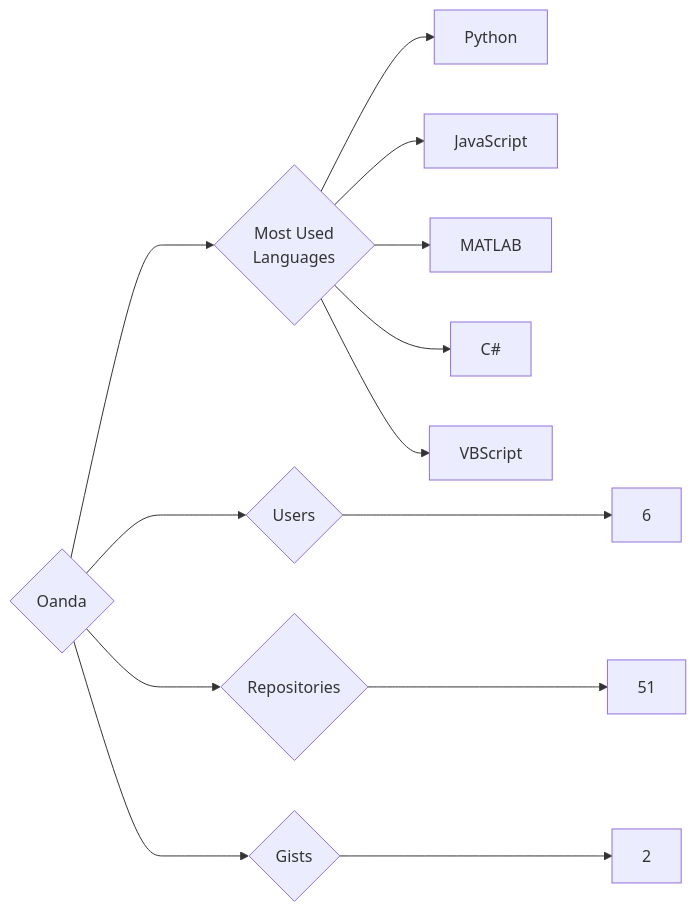
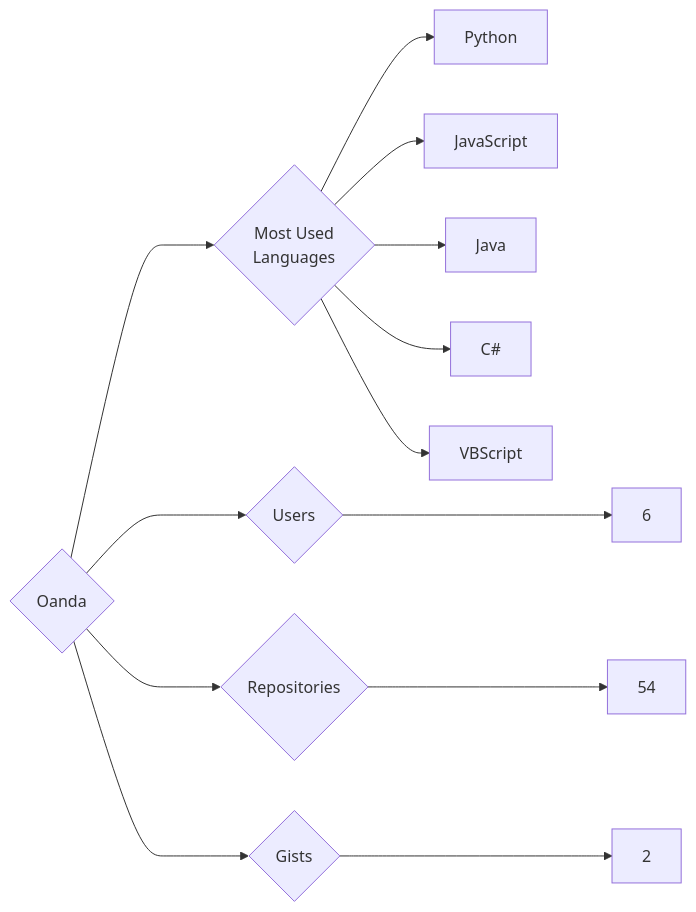
Before and after one commit to trickest/insiders: the diagram in targets/Oanda/README.md, drawn with Mermaid. The commit also changed 1479 other files, not shown here.

````diff
--- a/targets/Oanda/README.md
+++ b/targets/Oanda/README.md
@@ -3,13 +3,13 @@
 ```mermaid
 graph LR
 COMPANY_NAME{Oanda}
 COMPANY_NAME ---> U{Users} ---> UN[6]
-COMPANY_NAME ---> R{Repositories} ---> RN[51]
+COMPANY_NAME ---> R{Repositories} ---> RN[54]
 COMPANY_NAME ---> G{Gists} ---> GN[2]
 COMPANY_NAME ---> ML{Most Used<br>Languages}
 ML --> Python[Python]
 ML --> JavaScript[JavaScript]
-ML --> MATLAB[MATLAB]
+ML --> Java[Java]
 ML --> C#[C#]
 ML --> VBScript[VBScript]
 ```
````
